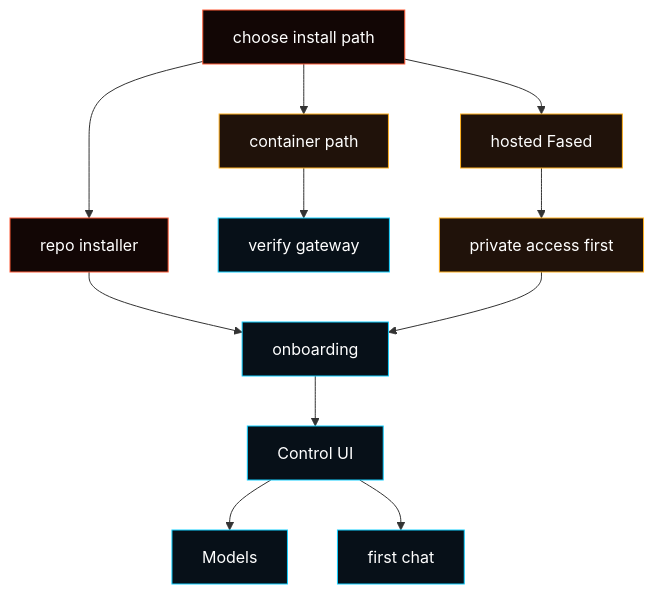
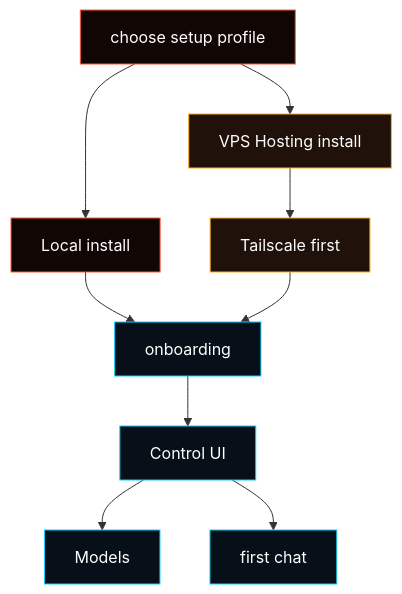
The diagram in docs/install/index.md (fased-ai/fased), drawn with Mermaid before and after one commit. The commit also changed other lines of this file and 10 other files, not shown here.

Commit message:
Clarify Fased local and hosting install paths

````diff
--- a/docs/install/index.md
+++ b/docs/install/index.md
@@ -16,20 +16,18 @@
 ```mermaid
 flowchart TD
-  choose["choose install path"] --> repo["repo installer"]
-  choose --> container["container path"]
-  choose --> host["hosted Fased"]
-  repo --> onboard["onboarding"]
-  container --> verify["verify gateway"]
-  host --> private["private access first"]
+  choose["choose setup profile"] --> local["Local install"]
+  choose --> hosting["VPS Hosting install"]
+  local --> onboard["onboarding"]
+  hosting --> private["Tailscale first"]
   private --> onboard
   onboard --> ui["Control UI"]
   ui --> models["Models"]
   ui --> chat["first chat"]
 
   classDef root fill:#120605,stroke:#ff5a36,color:#ffffff;
   classDef run fill:#071018,stroke:#12cfff,color:#ffffff;
   classDef host fill:#20120a,stroke:#ffb020,color:#ffffff;
-  class choose,repo root;
-  class onboard,ui,models,chat,verify run;
-  class container,host,private host;
+  class choose,local root;
+  class onboard,ui,models,chat run;
+  class hosting,private host;
 ```
````
